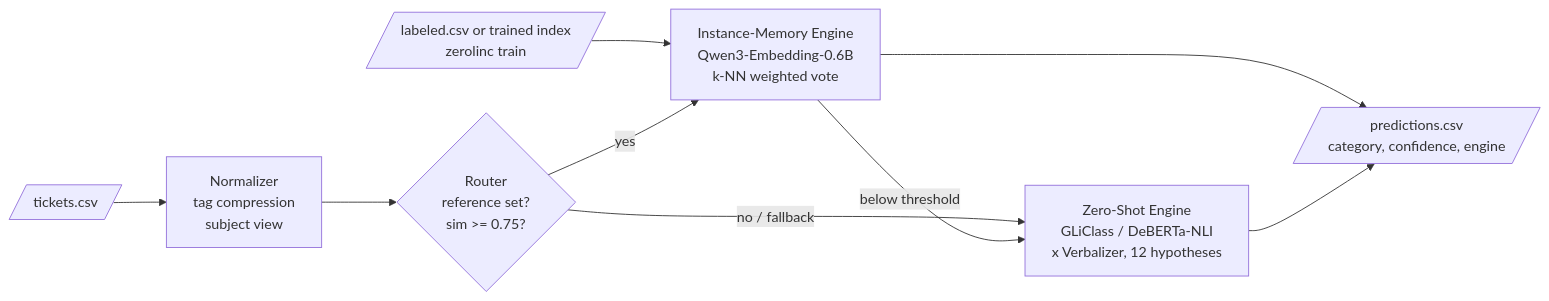
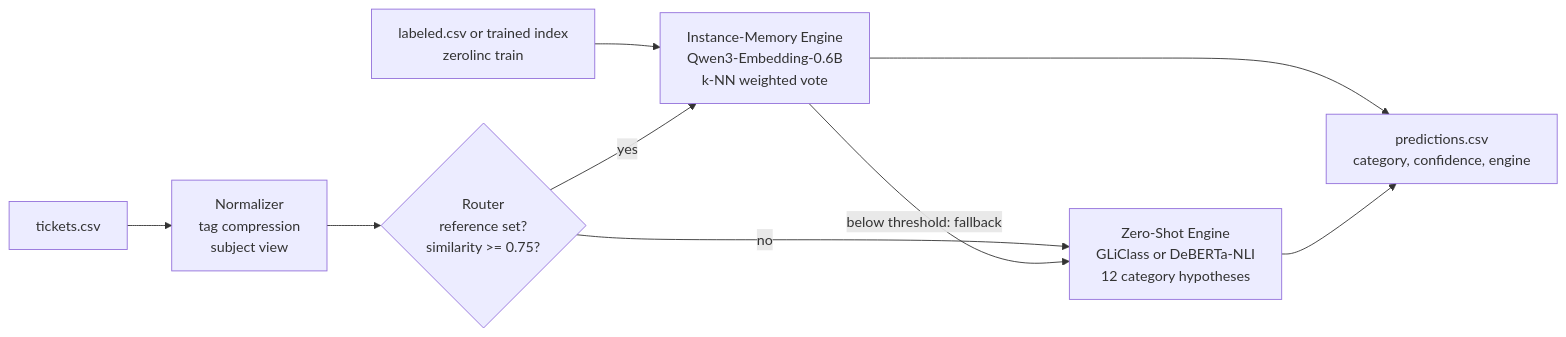
The first of 3 diagrams in docs/architecture.md (CristhianKapelinski/zerolinc), drawn with Mermaid before and after one commit. The commit also changed other lines of this file and 4 other files, not shown here.

Commit message:
CTA artifact README on the classifier repo; claim wrappers; sample input; Mermaid fixes

````diff
--- a/docs/architecture.md
+++ b/docs/architecture.md
@@ -8,11 +7,11 @@
 ```mermaid
 flowchart LR
-    IN[/tickets.csv/] --> N[Normalizer\ntag compression\nsubject view]
-    N --> R{Router\nreference set?\nsim >= 0.75?}
-    REF[/labeled.csv or trained index\nzerolinc train/] --> M
-    R -->|yes| M[Instance-Memory Engine\nQwen3-Embedding-0.6B\nk-NN weighted vote]
-    R -->|no / fallback| Z[Zero-Shot Engine\nGLiClass / DeBERTa-NLI\nx Verbalizer, 12 hypotheses]
-    M -->|below threshold| Z
-    M --> OUT[/predictions.csv\ncategory, confidence, engine/]
+    IN["tickets.csv"] --> N["Normalizer<br/>tag compression<br/>subject view"]
+    N --> R{"Router<br/>reference set?<br/>similarity >= 0.75?"}
+    REF["labeled.csv or trained index<br/>zerolinc train"] --> M
+    R -->|yes| M["Instance-Memory Engine<br/>Qwen3-Embedding-0.6B<br/>k-NN weighted vote"]
+    R -->|no| Z["Zero-Shot Engine<br/>GLiClass or DeBERTa-NLI<br/>12 category hypotheses"]
+    M -->|below threshold: fallback| Z
+    M --> OUT["predictions.csv<br/>category, confidence, engine"]
     Z --> OUT
 ```
````
